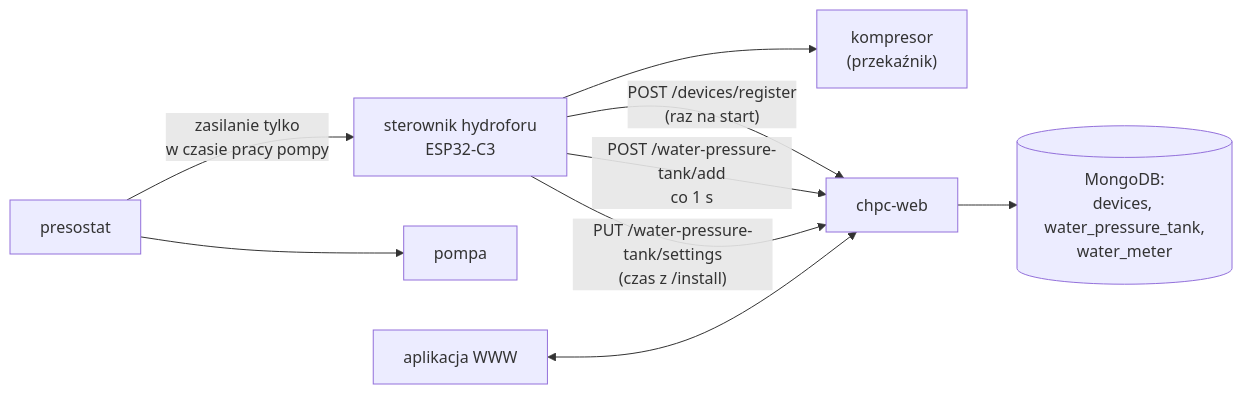
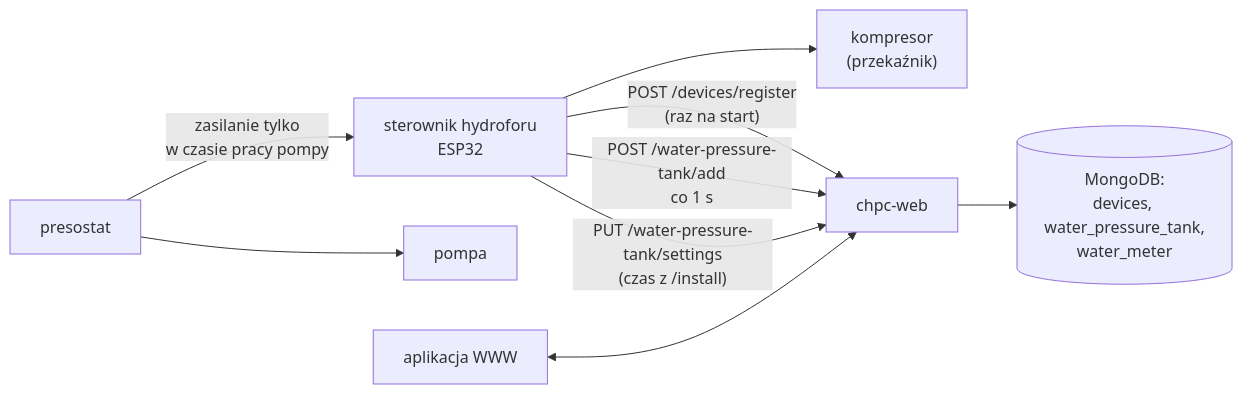
Before and after one commit to robertorlowski/chpc-web: the first of 5 diagrams in docs/moduly/water-pressure-tank/2-zasada-dzialania.md, drawn with Mermaid. The commit also changed other lines of this file and 53 other files, not shown here.

First line of the commit message:
Hydrofor 1.3.0: woda z czasu pracy pompy i wodomierza, ręczne włączanie kompresora

````diff
--- a/docs/moduly/water-pressure-tank/2-zasada-dzialania.md
+++ b/docs/moduly/water-pressure-tank/2-zasada-dzialania.md
@@ -7,11 +7,11 @@
 ```mermaid
 flowchart LR
-    PS["presostat"] -- "zasilanie tylko<br/>w czasie pracy pompy" --> ESP["sterownik hydroforu<br/>ESP32-C3"]
+    PS["presostat"] -- "zasilanie tylko<br/>w czasie pracy pompy" --> ESP["sterownik hydroforu<br/>ESP32"]
     PS --> PUMP["pompa"]
     ESP --> COMP["kompresor<br/>(przekaźnik)"]
     ESP -- "POST /devices/register<br/>(raz na start)" --> SRV["chpc-web"]
     ESP -- "POST /water-pressure-tank/add<br/>co 1 s" --> SRV
     ESP -- "PUT /water-pressure-tank/settings<br/>(czas z /install)" --> SRV
     SRV --> DB[("MongoDB:<br/>devices, water_pressure_tank,<br/>water_meter")]
     WEB["aplikacja WWW"] <--> SRV
 ```
````
